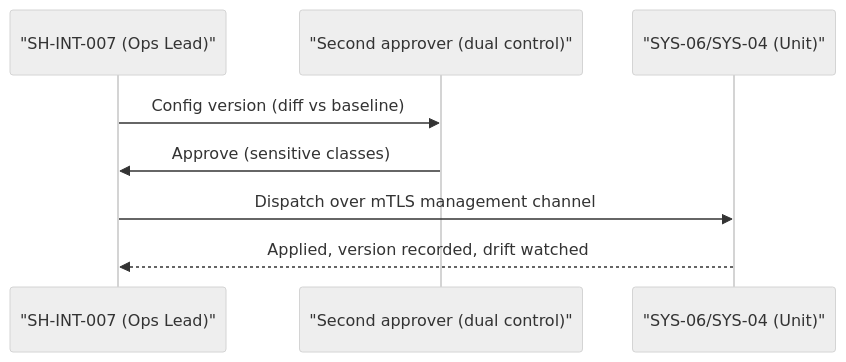
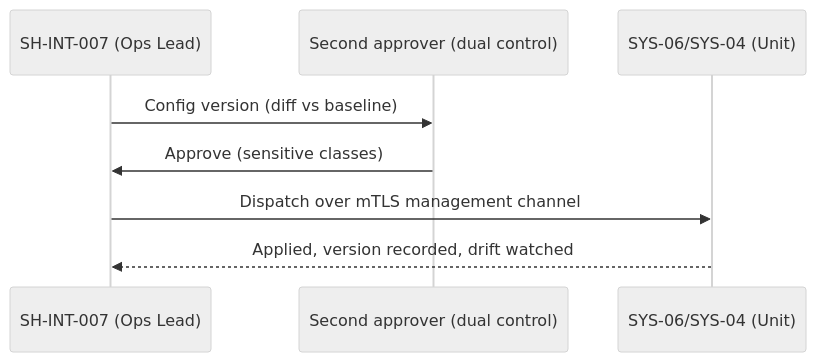
Diagram 19 of 21 in 02_CASES/Case_02_SecureBorder_Solutions/03_PHASE3_DECOMPOSITION/annexes/B_Sequence_Diagrams.md (pauloribeiro16/Methodology_compact), drawn with Mermaid (neutral theme) before and after one commit. The commit also changed other lines of this file and 5 other files, not shown here.

Commit message:
[EXECUTOR] uc-catalogues: embed UC diagram gallery + inline sequence diagrams — Case_01/02/03

````diff
--- a/02_CASES/Case_02_SecureBorder_Solutions/03_PHASE3_DECOMPOSITION/annexes/B_Sequence_Diagrams.md
+++ b/02_CASES/Case_02_SecureBorder_Solutions/03_PHASE3_DECOMPOSITION/annexes/B_Sequence_Diagrams.md
@@ -235,10 +258,10 @@
 ```mermaid
 sequenceDiagram
-    participant OPS as "SH-INT-007 (Ops Lead)"
-    participant APP as "Second approver (dual control)"
-    participant KIOSK as "SYS-06/SYS-04 (Unit)"
+    participant OPS as SH-INT-007 (Ops Lead)
+    participant APP as Second approver (dual control)
+    participant KIOSK as SYS-06/SYS-04 (Unit)
     OPS->>APP: Config version (diff vs baseline)
     APP->>OPS: Approve (sensitive classes)
     OPS->>KIOSK: Dispatch over mTLS management channel
     KIOSK-->>OPS: Applied, version recorded, drift watched
 ```
````
